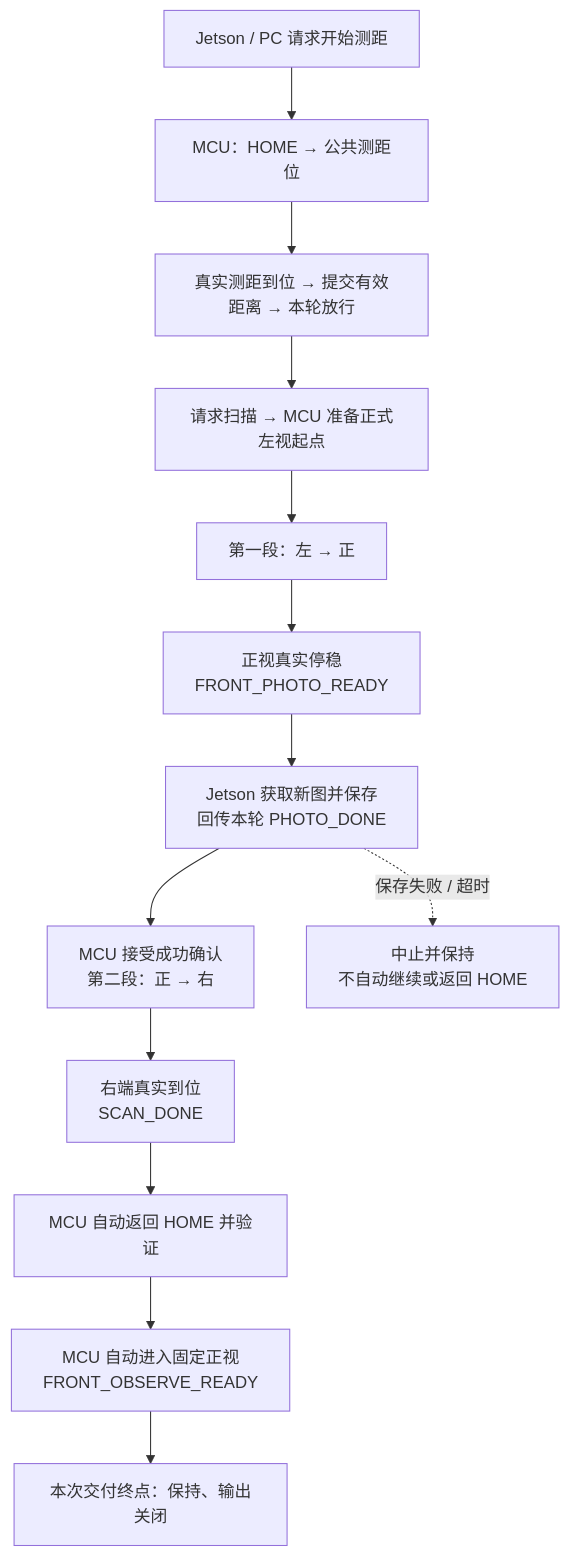
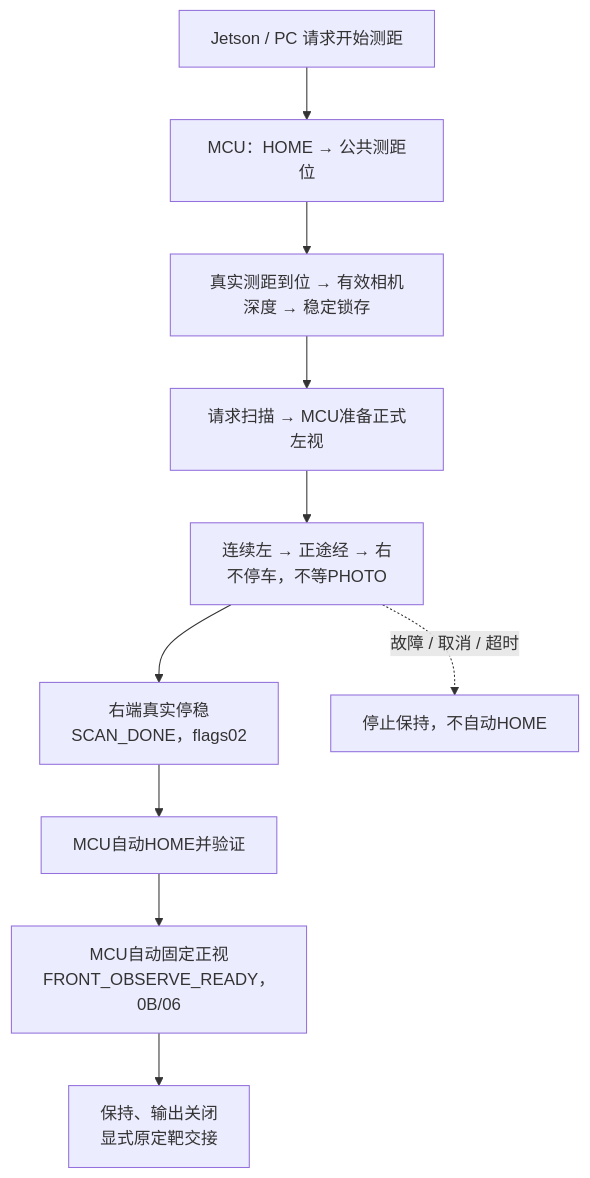
The second of 2 diagrams in README.md (pzbc1502/Robot_FreeRTOS-Arm), drawn with Mermaid before and after one commit. The commit also changed other lines of this file and 49 other files, not shown here.

````diff
--- a/README.md
+++ b/README.md
@@ -84,15 +84,12 @@
 ```mermaid
 flowchart TD
     Start["Jetson / PC 请求开始测距"] --> Measure["MCU：HOME → 公共测距位"]
-    Measure --> Distance["真实测距到位 → 提交有效距离 → 本轮放行"]
-    Distance --> Left["请求扫描 → MCU 准备正式左视起点"]
-    Left --> First["第一段：左 → 正"]
-    First --> Photo["正视真实停稳<br/>FRONT_PHOTO_READY"]
-    Photo --> Save["Jetson 获取新图并保存<br/>回传本轮 PHOTO_DONE"]
-    Save --> Second["MCU 接受成功确认<br/>第二段：正 → 右"]
-    Second --> Right["右端真实到位<br/>SCAN_DONE"]
-    Right --> Home["MCU 自动返回 HOME 并验证"]
-    Home --> Front["MCU 自动进入固定正视<br/>FRONT_OBSERVE_READY"]
-    Front --> Hold["本次交付终点：保持、输出关闭"]
-    Save -.->|"保存失败 / 超时"| Stop["中止并保持<br/>不自动继续或返回 HOME"]
+    Measure --> Distance["真实测距到位 → 有效相机深度 → 稳定锁存"]
+    Distance --> Left["请求扫描 → MCU准备正式左视"]
+    Left --> Scan["连续左 → 正途经 → 右<br/>不停车，不等PHOTO"]
+    Scan --> Right["右端真实停稳<br/>SCAN_DONE，flags02"]
+    Right --> Home["MCU自动HOME并验证"]
+    Home --> Front["MCU自动固定正视<br/>FRONT_OBSERVE_READY，0B/06"]
+    Front --> Hold["保持、输出关闭<br/>显式原定靶交接"]
+    Scan -.->|"故障 / 取消 / 超时"| Stop["停止保持，不自动HOME"]
 ```
````
